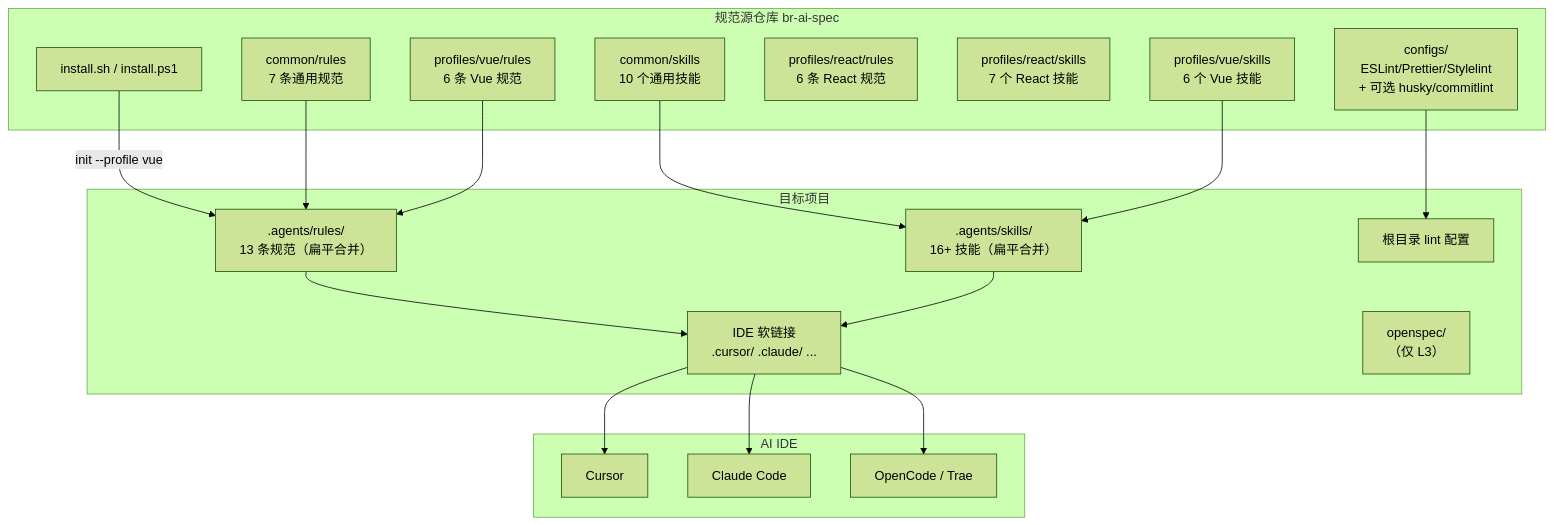
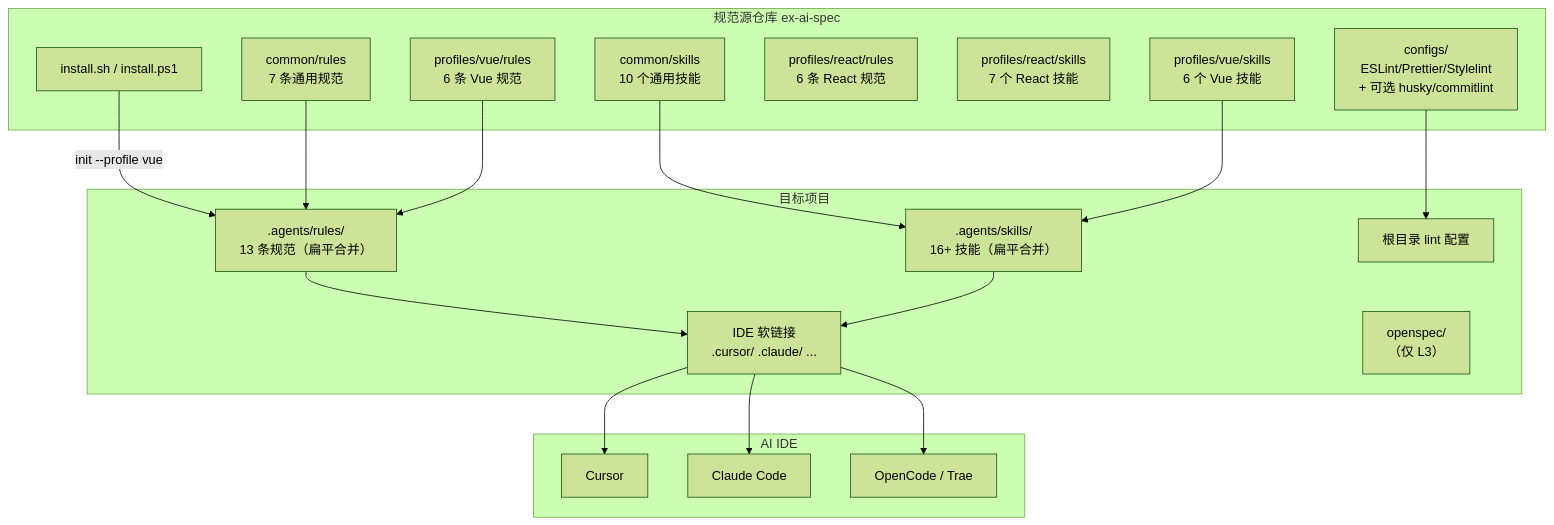
One commit to Colouful/br-ai-spec changed the first of 3 diagrams in docs/项目需求说明.md. Above: the diagram before and after it, drawn with Mermaid (forest theme). The commit also changed other lines of this file and 14 other files, not shown here.

````diff
--- a/docs/项目需求说明.md
+++ b/docs/项目需求说明.md
@@ -430,39 +430,39 @@
 ```mermaid
 graph TB
-    subgraph specRepo ["规范源仓库 br-ai-spec"]
+    subgraph specRepo ["规范源仓库 ex-ai-spec "]
         CommonRules["common/rules<br/>7 条通用规范"]
         CommonSkills["common/skills<br/>10 个通用技能"]
         VueRules["profiles/vue/rules<br/>6 条 Vue 规范"]
         VueSkills["profiles/vue/skills<br/>6 个 Vue 技能"]
         ReactRules["profiles/react/rules<br/>6 条 React 规范"]
         ReactSkills["profiles/react/skills<br/>7 个 React 技能"]
         Configs["configs/<br/>ESLint/Prettier/Stylelint<br/>+ 可选 husky/commitlint"]
         InstallScript["install.sh / install.ps1"]
     end
 
     subgraph targetProject ["目标项目"]
         FlatRules[".agents/rules/<br/>13 条规范（扁平合并）"]
         FlatSkills[".agents/skills/<br/>16+ 技能（扁平合并）"]
         LintConfigs["根目录 lint 配置"]
         IDELinks["IDE 软链接<br/>.cursor/ .claude/ ..."]
         OpenSpecDir["openspec/<br/>（仅 L3）"]
     end
 
     subgraph aiIDE ["AI IDE"]
         CursorIDE["Cursor"]
         ClaudeCode["Claude Code"]
         OtherIDE["OpenCode / Trae"]
     end
 
     InstallScript -->|"init --profile vue"| FlatRules
     CommonRules --> FlatRules
     VueRules --> FlatRules
     CommonSkills --> FlatSkills
     VueSkills --> FlatSkills
     Configs --> LintConfigs
     FlatRules --> IDELinks
     FlatSkills --> IDELinks
     IDELinks --> CursorIDE
     IDELinks --> ClaudeCode
     IDELinks --> OtherIDE
 ```
````
